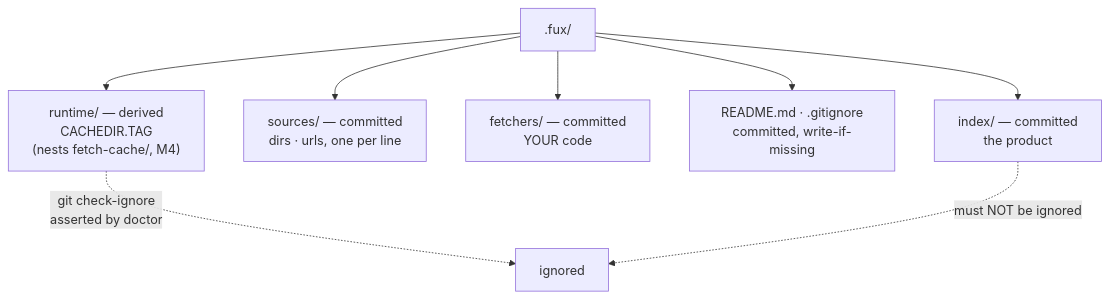
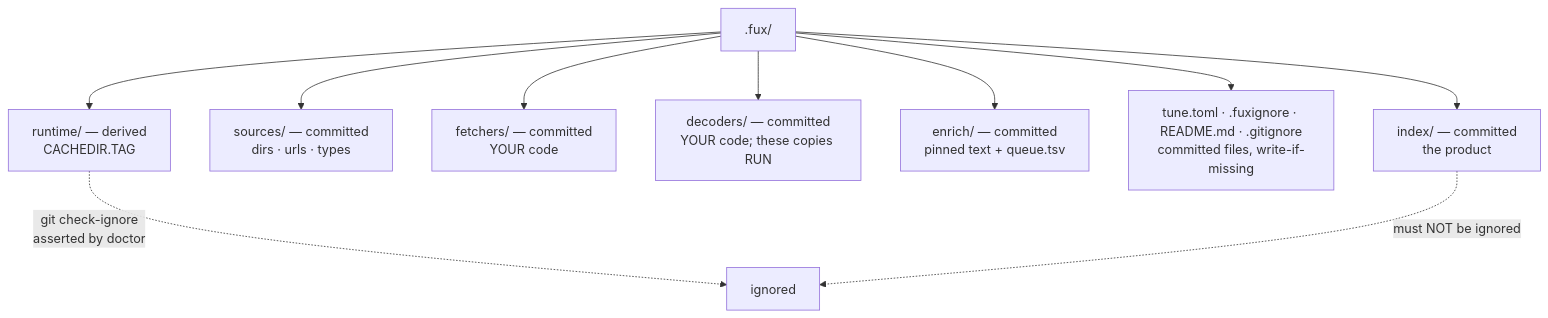
The diagram in docs/adr/0003_fux-directory.md (arpitarya/fux), drawn with Mermaid before and after one commit. The commit also changed other lines of this file and 442 other files, not shown here.

````diff
--- a/docs/adr/0003_fux-directory.md
+++ b/docs/adr/0003_fux-directory.md
@@ -44,11 +34,13 @@
 ```mermaid
 flowchart TD
     F[".fux/"]
     F --> C1["index/ — committed<br/>the product"]
-    F --> C2["sources/ — committed<br/>dirs · urls, one per line"]
+    F --> C2["sources/ — committed<br/>dirs · urls · types"]
     F --> C3["fetchers/ — committed<br/>YOUR code"]
-    F --> C4["README.md · .gitignore<br/>committed, write-if-missing"]
-    F --> D1["runtime/ — derived<br/>CACHEDIR.TAG<br/>(nests fetch-cache/, M4)"]
+    F --> C4["decoders/ — committed<br/>YOUR code; these copies RUN"]
+    F --> C5["enrich/ — committed<br/>pinned text + queue.tsv"]
+    F --> C6["tune.toml · .fuxignore · README.md · .gitignore<br/>committed files, write-if-missing"]
+    F --> D1["runtime/ — derived<br/>CACHEDIR.TAG"]
     D1 -.->|"git check-ignore<br/>asserted by doctor"| G["ignored"]
     C1 -.->|"must NOT be ignored"| G
 ```
````
